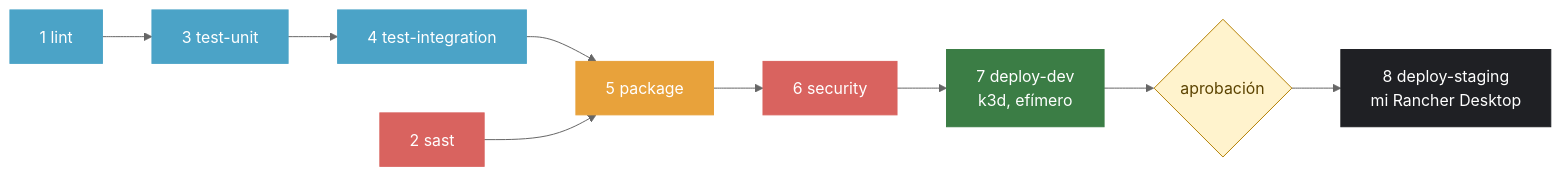
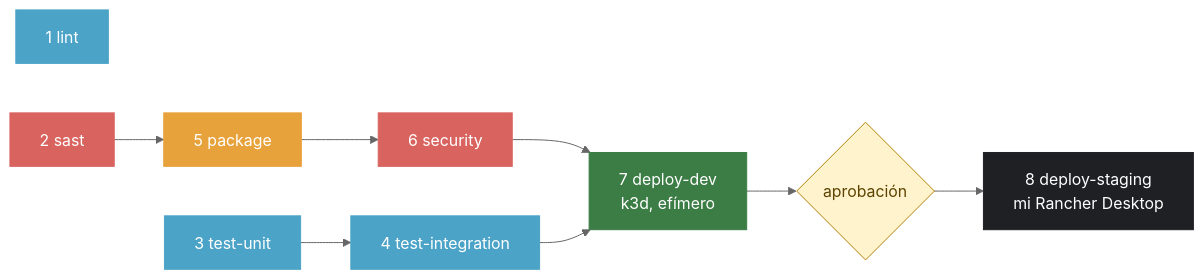
Before and after one commit to Gabrieldla/demo-cicd: the diagram in PIPELINE.md, drawn with Mermaid (neutral theme). The commit also changed other lines of this file and 3 other files, not shown here.

````diff
--- a/PIPELINE.md
+++ b/PIPELINE.md
@@ -7,15 +7,18 @@
 ```mermaid
 flowchart LR
-    L["1 lint"] --> TU["3 test-unit"] --> TI["4 test-integration"] --> P["5 package"]
-    S["2 sast"] --> P
-    P --> SEC["6 security"] --> DEV["7 deploy-dev<br/>k3d, efímero"] --> AP{"aprobación"} --> STG["8 deploy-staging<br/>mi Rancher Desktop"]
+    L["1 lint"]
+    S["2 sast"] --> P["5 package"] --> SEC["6 security"]
+    TU["3 test-unit"] --> TI["4 test-integration"]
+    SEC --> DEV["7 deploy-dev<br/>k3d, efímero"]
+    TI --> DEV
+    DEV --> AP{"aprobación"} --> STG["8 deploy-staging<br/>mi Rancher Desktop"]
     style L fill:#4ba3c7,stroke:#4ba3c7,color:#fff
     style S fill:#d9635f,stroke:#d9635f,color:#fff
     style TU fill:#4ba3c7,stroke:#4ba3c7,color:#fff
     style TI fill:#4ba3c7,stroke:#4ba3c7,color:#fff
     style P fill:#e8a23b,stroke:#e8a23b,color:#fff
     style SEC fill:#d9635f,stroke:#d9635f,color:#fff
     style DEV fill:#3b7d45,stroke:#3b7d45,color:#fff
     style AP fill:#fff3cd,stroke:#b58105,color:#5c4300
     style STG fill:#1f2024,stroke:#1f2024,color:#fff
 ```
````
